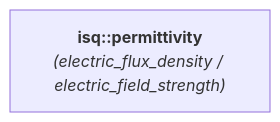
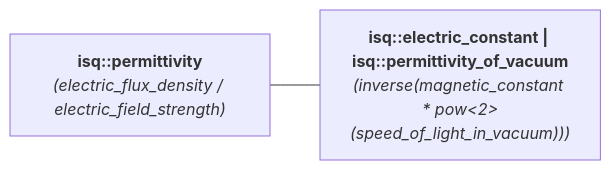
Before and after one commit to mpusz/mp-units: the diagram in docs/reference/systems_reference/hierarchies/permittivity.md, drawn with Mermaid. The commit also changed 83 other files, not shown here.

````diff
--- a/docs/reference/systems_reference/hierarchies/permittivity.md
+++ b/docs/reference/systems_reference/hierarchies/permittivity.md
@@ -8,4 +8,6 @@
 ```mermaid
 flowchart LR
     isq_permittivity["<b><a href="../../systems/isq/#permittivity" style="color: var(--md-mermaid-label-fg-color); text-decoration: none;">isq::permittivity</a></b><br><i>(<a href="../../systems/isq/#electric_flux_density" style="color: var(--md-mermaid-label-fg-color); text-decoration: none;">electric_flux_density</a> / <a href="../../systems/isq/#electric_field_strength" style="color: var(--md-mermaid-label-fg-color); text-decoration: none;">electric_field_strength</a>)</i>"]
+    isq_electric_constant["<b><a href="../../systems/isq/#electric_constant" style="color: var(--md-mermaid-label-fg-color); text-decoration: none;">isq::electric_constant</a> | <a href="../../systems/isq/#permittivity_of_vacuum" style="color: var(--md-mermaid-label-fg-color); text-decoration: none;">isq::permittivity_of_vacuum</a></b><br><i>(inverse(<a href="../../systems/isq/#magnetic_constant" style="color: var(--md-mermaid-label-fg-color); text-decoration: none;">magnetic_constant</a> * pow<2>(<a href="../../systems/isq/#speed_of_light_in_vacuum" style="color: var(--md-mermaid-label-fg-color); text-decoration: none;">speed_of_light_in_vacuum</a>)))</i>"]
+    isq_permittivity --- isq_electric_constant
 ```
````
